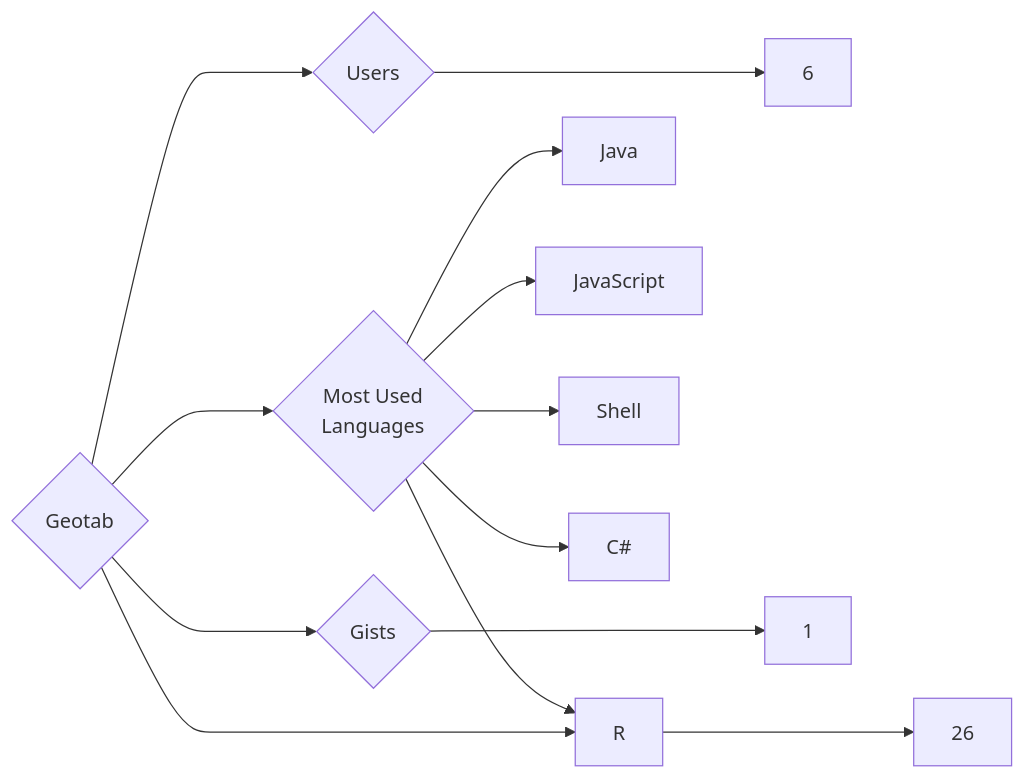
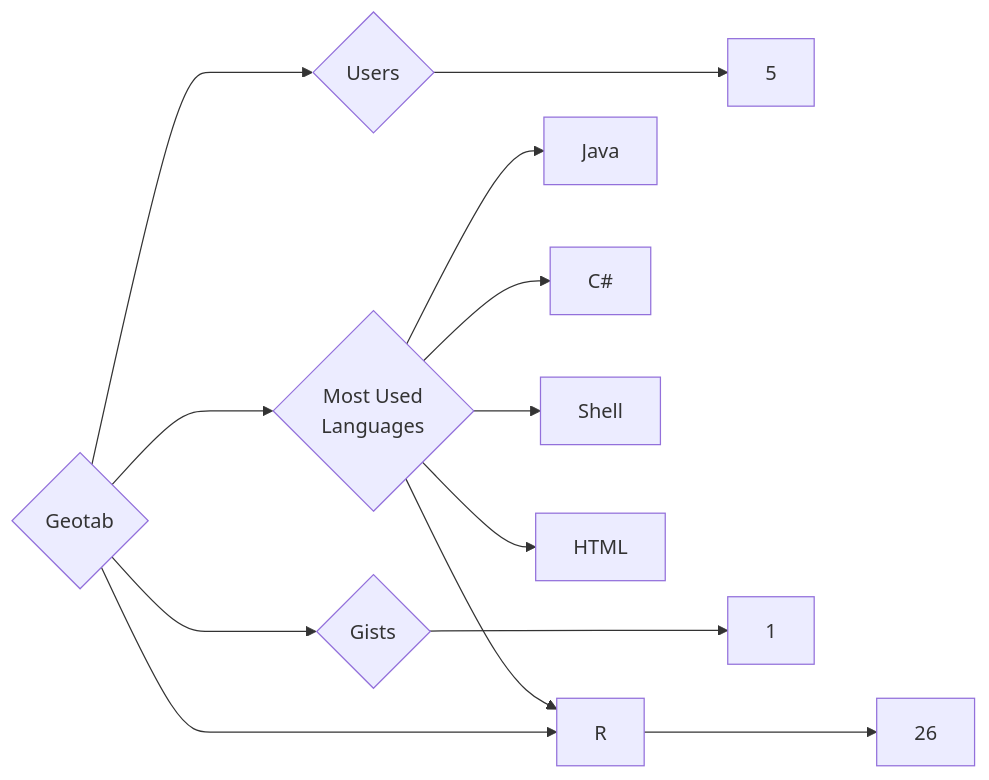
The diagram in targets/Geotab/README.md (trickest/insiders), drawn with Mermaid before and after one commit. The commit also changed 1036 other files, not shown here.

````diff
--- a/targets/Geotab/README.md
+++ b/targets/Geotab/README.md
@@ -3,13 +3,13 @@
 ```mermaid
 graph LR
 COMPANY_NAME{Geotab}
-COMPANY_NAME ---> U{Users} ---> UN[6]
+COMPANY_NAME ---> U{Users} ---> UN[5]
 COMPANY_NAME ---> R{Repositories} ---> RN[26]
 COMPANY_NAME ---> G{Gists} ---> GN[1]
 COMPANY_NAME ---> ML{Most Used<br>Languages}
 ML --> Java[Java]
-ML --> JavaScript[JavaScript]
+ML --> C#[C#]
 ML --> Shell[Shell]
 ML --> R[R]
-ML --> C#[C#]
+ML --> HTML[HTML]
 ```
````
